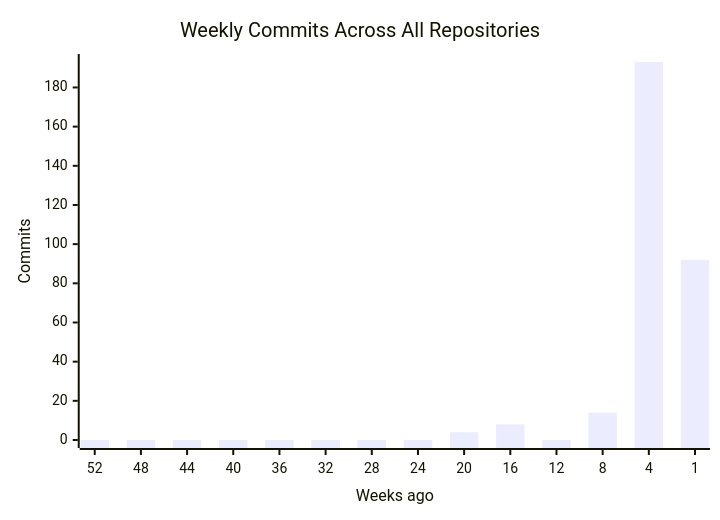
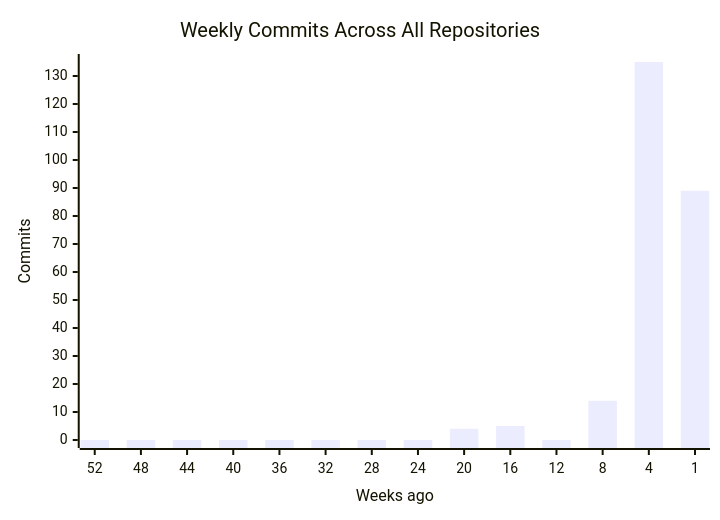
The first of 4 diagrams in profile/README.md (CSTH-Projects/.github), drawn with Mermaid before and after one commit. The commit also changed other lines of this file, not shown here.

````diff
--- a/profile/README.md
+++ b/profile/README.md
@@ -16,7 +16,7 @@
 ```mermaid
 xychart-beta
     title "Weekly Commits Across All Repositories"
     x-axis "Weeks ago" [52, 48, 44, 40, 36, 32, 28, 24, 20, 16, 12, 8, 4, 1]
     y-axis "Commits"
-    bar [0, 0, 0, 0, 0, 0, 0, 0, 4, 8, 0, 14, 193, 92]
+    bar [0, 0, 0, 0, 0, 0, 0, 0, 4, 5, 0, 14, 135, 89]
 ```
````
